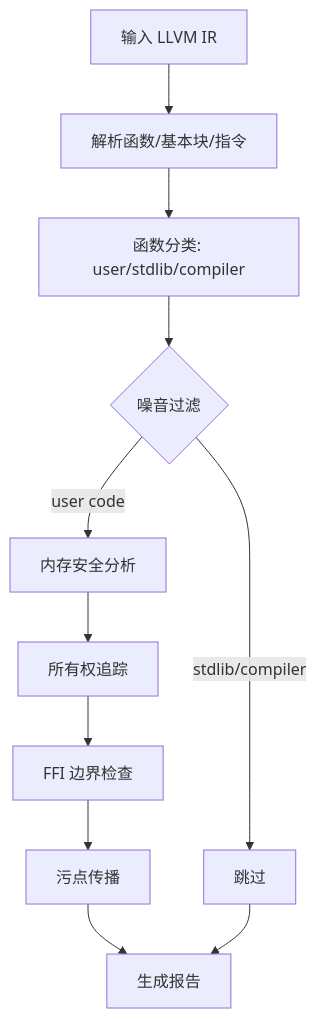
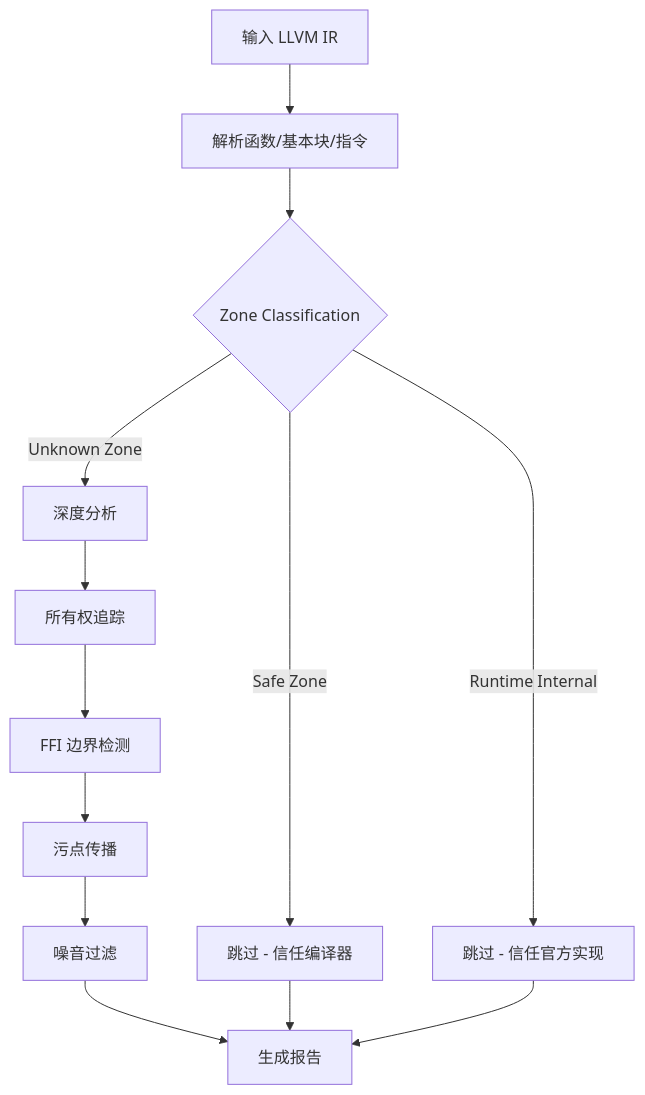
One commit to Timwood0x10/OmniScope changed the fourth of 4 diagrams in README_zh.md. Above: the diagram before and after it, drawn with Mermaid. The commit also changed other lines of this file and 41 other files, not shown here.

Commit message:
implement zone classification for Rust/C code

````diff
--- a/README_zh.md
+++ b/README_zh.md
@@ -98,13 +128,15 @@
 ```mermaid
 flowchart TD
     Start[输入 LLVM IR] --> Parse[解析函数/基本块/指令]
-    Parse --> Classify[函数分类: user/stdlib/compiler]
-    Classify --> Filter{噪音过滤}
-    Filter -->|stdlib/compiler| Skip[跳过]
-    Filter -->|user code| Analyze[内存安全分析]
+    Parse --> Zone{Zone Classification}
+    Zone -->|Safe Zone| Skip1[跳过 - 信任编译器]
+    Zone -->|Runtime Internal| Skip2[跳过 - 信任官方实现]
+    Zone -->|Unknown Zone| Analyze[深度分析]
     Analyze --> Own[所有权追踪]
-    Own --> FFI[FFI 边界检查]
+    Own --> FFI[FFI 边界检测]
     FFI --> Taint[污点传播]
-    Taint --> Report[生成报告]
-    Skip --> Report
+    Taint --> Filter[噪音过滤]
+    Filter --> Report[生成报告]
+    Skip1 --> Report
+    Skip2 --> Report
 ```
````
